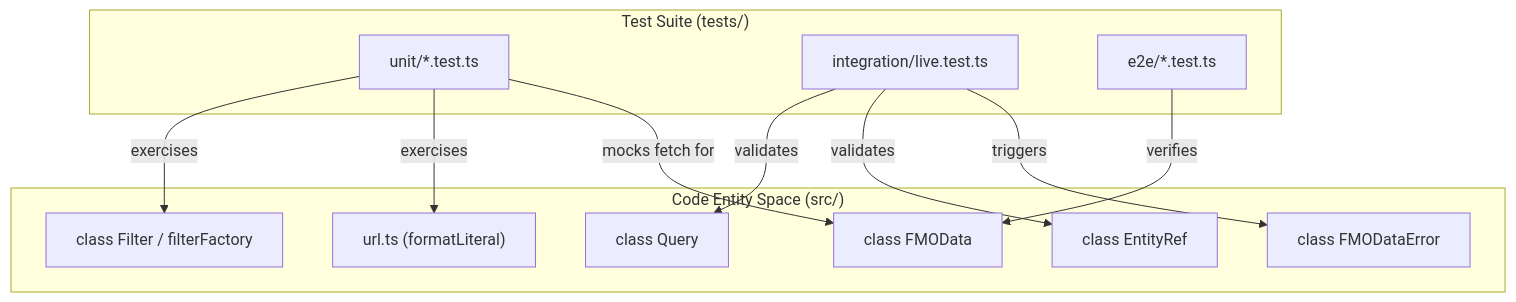
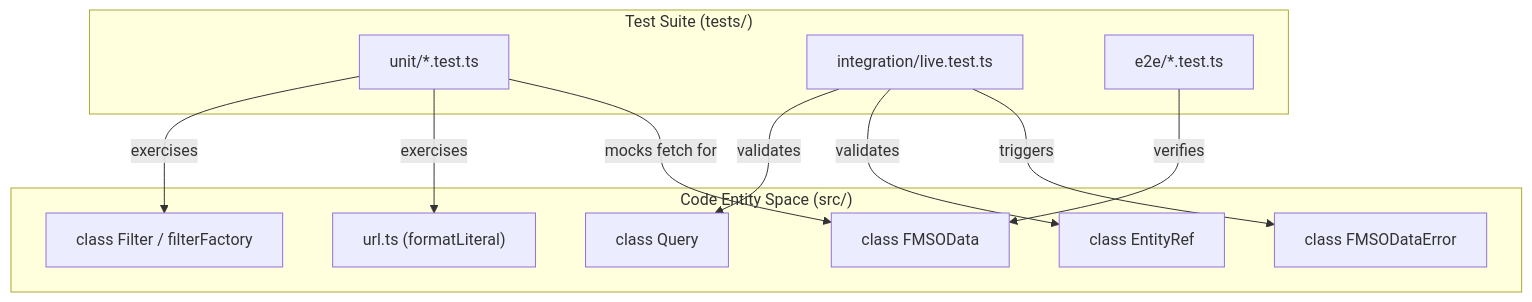
The second of 2 diagrams in wiki/07.1-unit-and-integration-tests.md (fsans/fms-odata-js), drawn with Mermaid before and after one commit. The commit also changed other lines of this file and 85 other files, not shown here.

````diff
--- a/wiki/07.1-unit-and-integration-tests.md
+++ b/wiki/07.1-unit-and-integration-tests.md
@@ -123,27 +123,27 @@
 ```mermaid
 graph TD
     subgraph "Test Suite (tests/)"
         UNIT["unit/*.test.ts"]
         INT["integration/live.test.ts"]
         E2E["e2e/*.test.ts"]
     end
 
     subgraph "Code Entity Space (src/)"
-        FMODATA["class FMOData"]
+        FMODATA["class FMSOData"]
         QUERY["class Query"]
         EREF["class EntityRef"]
         FILT["class Filter / filterFactory"]
-        ERR["class FMODataError"]
+        ERR["class FMSODataError"]
         URL["url.ts (formatLiteral)"]
     end
 
     UNIT -- "exercises" --> FILT
     UNIT -- "exercises" --> URL
     UNIT -- "mocks fetch for" --> FMODATA
     
     INT -- "validates" --> QUERY
     INT -- "validates" --> EREF
     INT -- "triggers" --> ERR
     
     E2E -- "verifies" --> FMODATA
 ```
````
